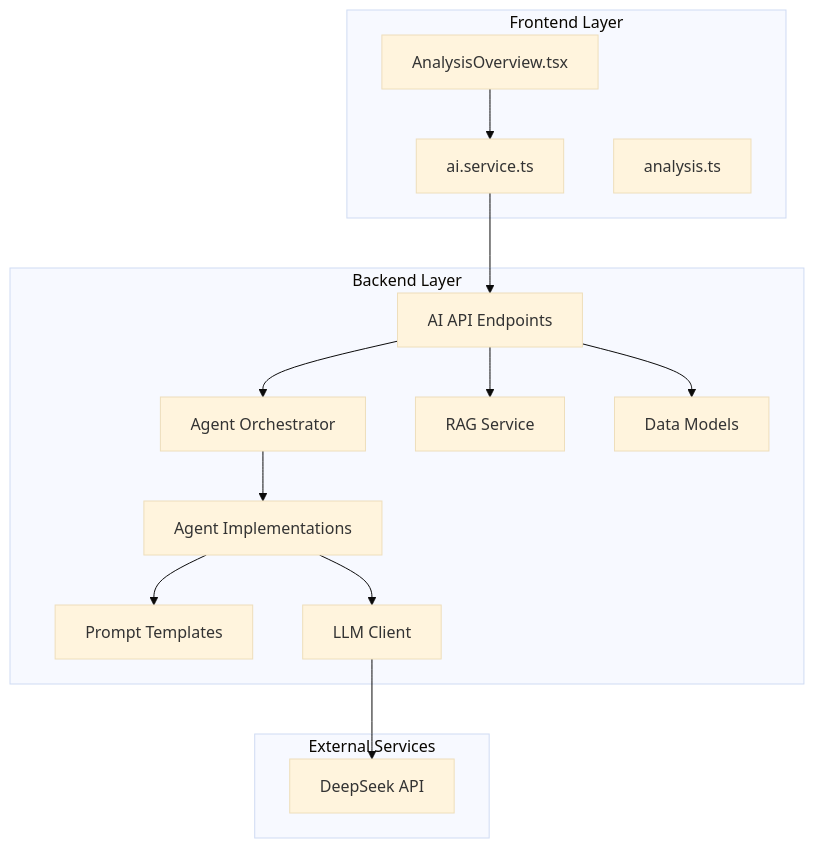
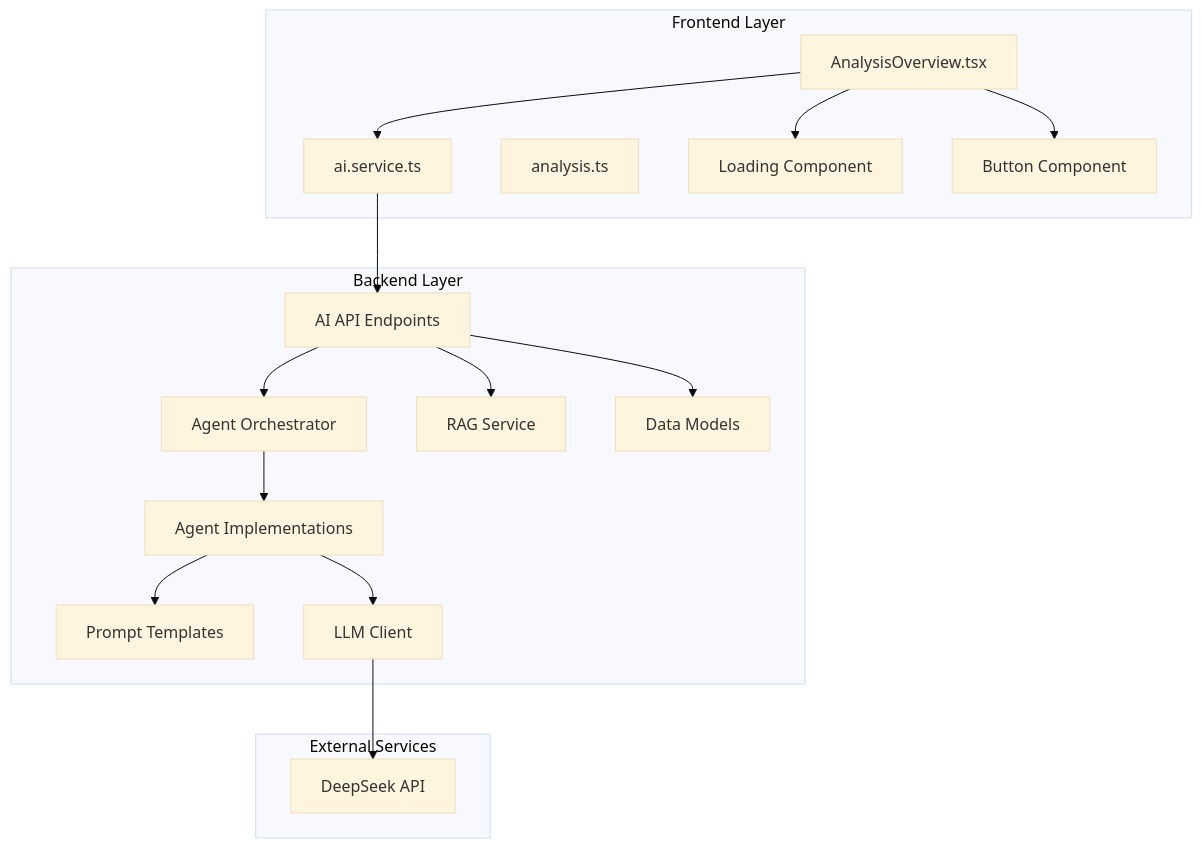
One commit to rainRise/aidiary changed the first of 7 diagrams in .qoder/repowiki/en/content/Analysis Overview Component.md. Above: the diagram before and after it, drawn with Mermaid (base theme). The commit also changed other lines of this file and 13 other files, not shown here.

````diff
--- a/.qoder/repowiki/en/content/Analysis Overview Component.md
+++ b/.qoder/repowiki/en/content/Analysis Overview Component.md
@@ -39,29 +51,33 @@
 ```mermaid
 graph TB
 subgraph "Frontend Layer"
 AO[AnalysisOverview.tsx]
 AS[ai.service.ts]
 AT[analysis.ts]
+LC[Loading Component]
+BT[Button Component]
 end
 subgraph "Backend Layer"
 API[AI API Endpoints]
 ORCH[Agent Orchestrator]
 AGENTS[Agent Implementations]
 PROMPTS[Prompt Templates]
 LLM[LLM Client]
 RAG[RAG Service]
 MODELS[Data Models]
 end
 subgraph "External Services"
 DEEPSEEK[DeepSeek API]
 end
 AO --> AS
 AS --> API
 API --> ORCH
 ORCH --> AGENTS
 AGENTS --> PROMPTS
 AGENTS --> LLM
 API --> RAG
 API --> MODELS
 LLM --> DEEPSEEK
+AO --> LC
+AO --> BT
 ```
````
